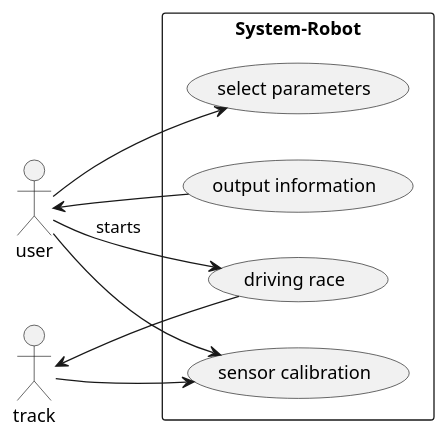
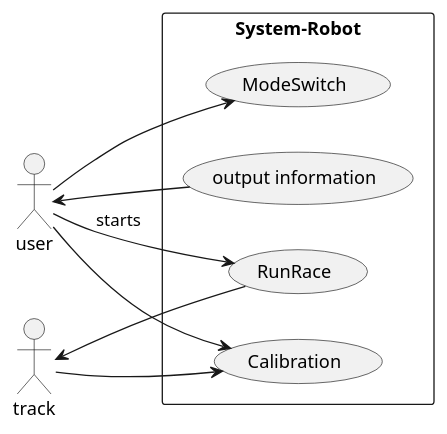
The diagram in Beistellung_Implementierung/system/UML/UML-Robot.puml (steffenhettig/GitRepo_Die_Fantastischen_Vier), drawn with PlantUML before and after one commit.

Commit message:
Update UML-Robot.puml
- Änderung der Namensgebung

```diff
--- a/Beistellung_Implementierung/system/UML/UML-Robot.puml
+++ b/Beistellung_Implementierung/system/UML/UML-Robot.puml
@@ -1,23 +1,23 @@
 @startuml
 left to right direction
 actor "user" as h
 actor "track" as t
 
 rectangle System-Robot {
-  usecase "driving race" as UC1
-  usecase "select parameters" as UC2
-  usecase "sensor calibration" as UC3
+  usecase "RunRace" as UC1
+  usecase "ModeSwitch" as UC2
+  usecase "Calibration" as UC3
   usecase "output information" as UC4
   
 h --> UC1 : starts
 UC4 --> h
 h --> UC2
 UC1 --> t
 
 t --> UC3
 h --> UC3
 
 }
 
 
 @enduml 
```
